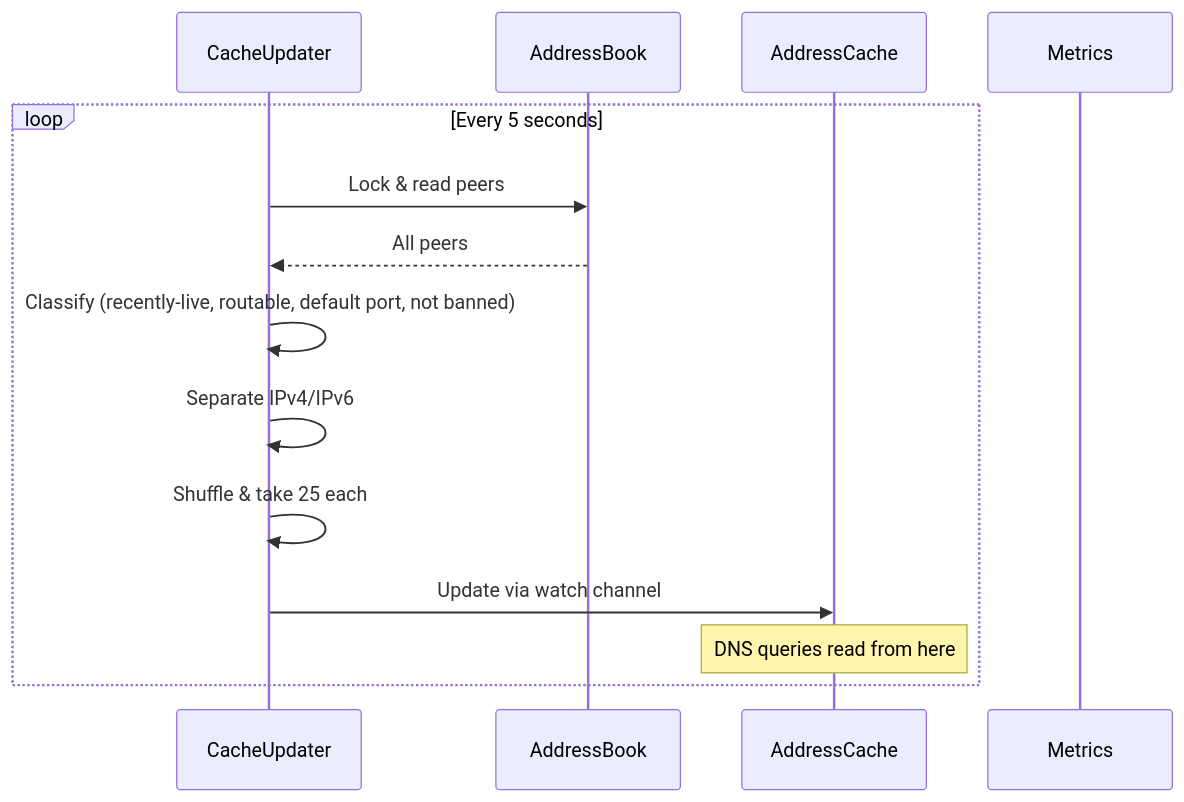
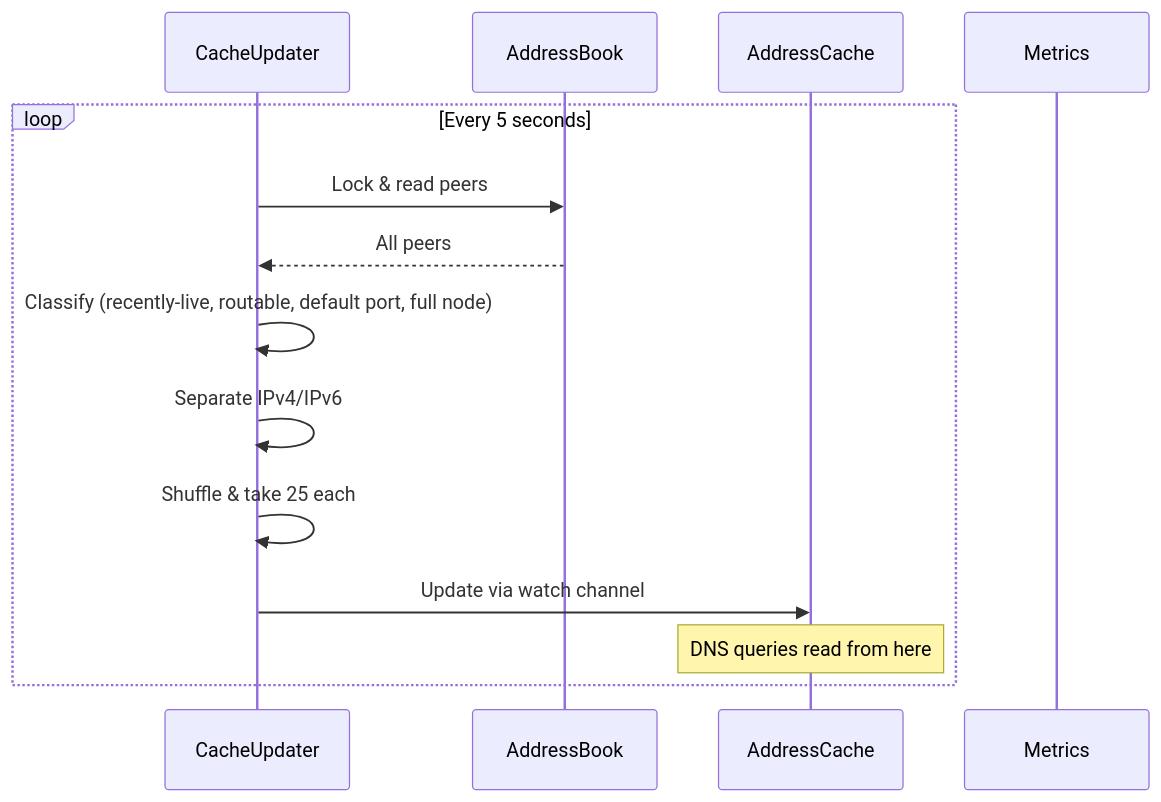
One commit to ZcashFoundation/zeeder changed the third of 4 diagrams in docs/architecture.md. Above: the diagram before and after it, drawn with Mermaid. The commit also changed other lines of this file and 6 other files, not shown here.

````diff
--- a/docs/architecture.md
+++ b/docs/architecture.md
@@ -78,17 +78,17 @@
 ```mermaid
 sequenceDiagram
     participant CacheUpdater
     participant AddressBook
     participant AddressCache
     participant Metrics
     
     loop Every 5 seconds
         CacheUpdater->>AddressBook: Lock & read peers
         AddressBook-->>CacheUpdater: All peers
-        CacheUpdater->>CacheUpdater: Classify (recently-live, routable, default port, not banned)
+        CacheUpdater->>CacheUpdater: Classify (recently-live, routable, default port, full node)
         CacheUpdater->>CacheUpdater: Separate IPv4/IPv6
         CacheUpdater->>CacheUpdater: Shuffle & take 25 each
         CacheUpdater->>AddressCache: Update via watch channel
         Note over AddressCache: DNS queries read from here
     end
 ```
````
